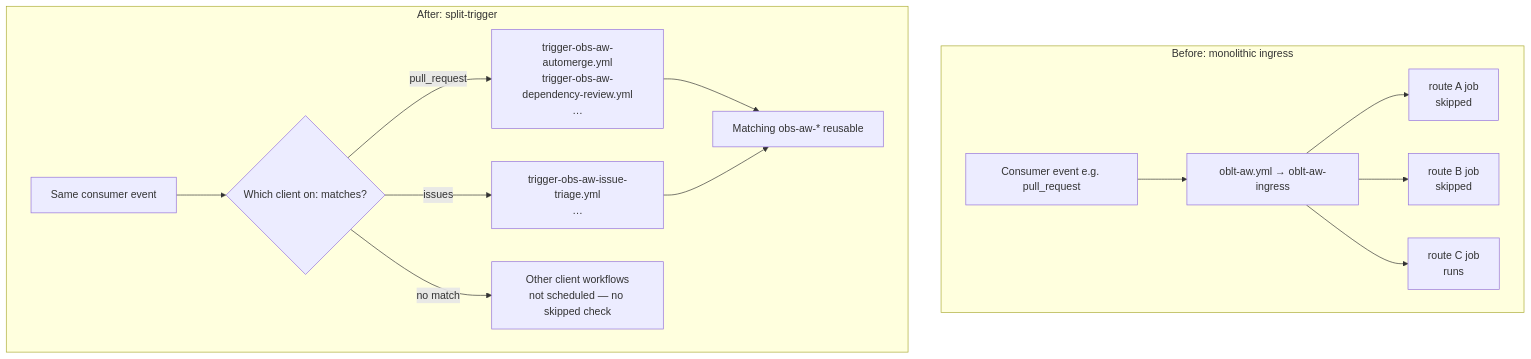
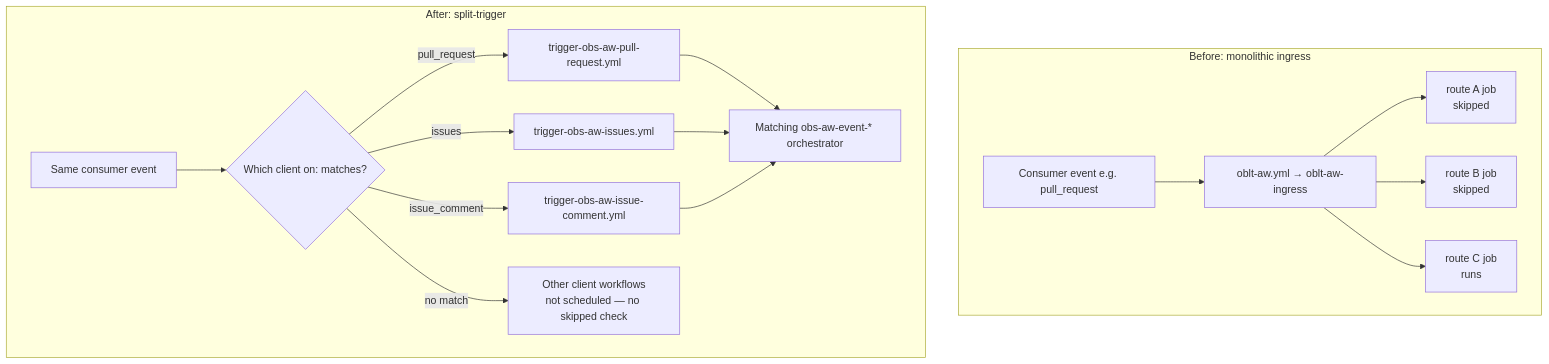
The second of 4 diagrams in docs/architecture/overview.md (elastic/oblt-aw), drawn with Mermaid before and after one commit. The commit also changed other lines of this file, not shown here.

Commit message:
docs: align architecture overview to event-scoped triggers (#2250)

````diff
--- a/docs/architecture/overview.md
+++ b/docs/architecture/overview.md
@@ -87,21 +87,23 @@
 ```mermaid
 flowchart TB
   subgraph Before["Before: monolithic ingress"]
     B_EVT["Consumer event e.g. pull_request"]
     B_CLI["oblt-aw.yml → oblt-aw-ingress"]
     B_EVT --> B_CLI
     B_CLI --> B_SKIP1["route A job\nskipped"]
     B_CLI --> B_SKIP2["route B job\nskipped"]
     B_CLI --> B_RUN["route C job\nruns"]
   end
 
   subgraph After["After: split-trigger"]
     A_EVT["Same consumer event"]
     A_EVT --> A_MATCH{"Which client on: matches?"}
-    A_MATCH -->|pull_request| A_PR["trigger-obs-aw-automerge.yml\ntrigger-obs-aw-dependency-review.yml\n…"]
-    A_MATCH -->|issues| A_ISS["trigger-obs-aw-issue-triage.yml\n…"]
+    A_MATCH -->|pull_request| A_PR["trigger-obs-aw-pull-request.yml"]
+    A_MATCH -->|issues| A_ISS["trigger-obs-aw-issues.yml"]
+    A_MATCH -->|issue_comment| A_COM["trigger-obs-aw-issue-comment.yml"]
     A_MATCH -->|no match| A_NONE["Other client workflows\nnot scheduled — no skipped check"]
-    A_PR --> A_REU["Matching obs-aw-* reusable"]
+    A_PR --> A_REU["Matching obs-aw-event-* orchestrator"]
     A_ISS --> A_REU
+    A_COM --> A_REU
   end
 ```
````
